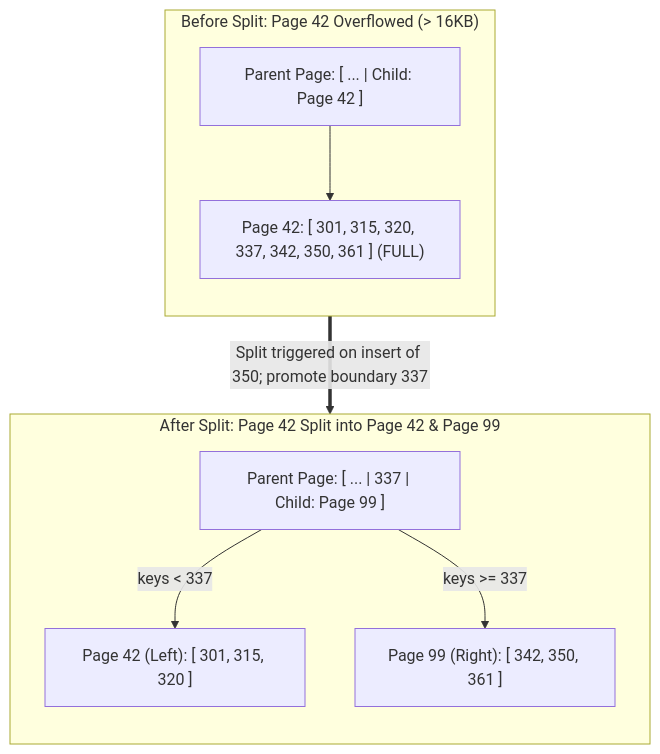
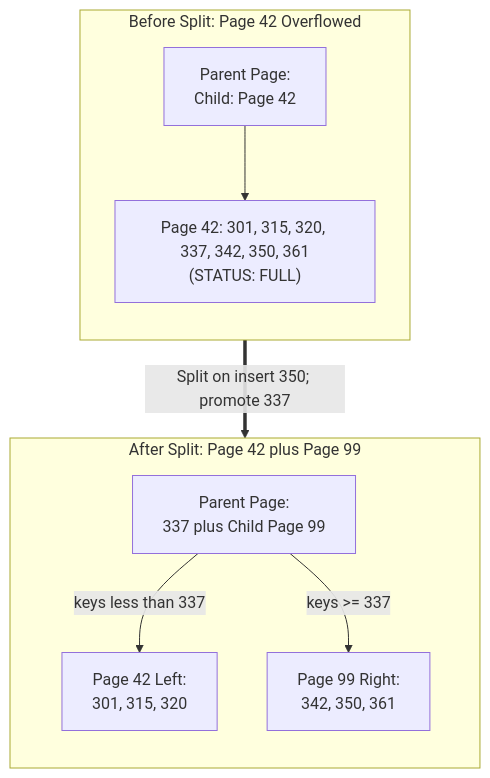
The sixth of 12 diagrams in 01 Designing Data-Intensive Applications/chapter-04-storage-and-retrieval.md (1mimhe/books-summery), drawn with Mermaid before and after one commit. The commit also changed other lines of this file and 1 other file, not shown here.

Commit message:
docs(book01): forensic rewrite ch04-05 (materialized views, full-text/vectors, XML/OpenAPI/SOAP)

````diff
--- a/01 Designing Data-Intensive Applications/chapter-04-storage-and-retrieval.md
+++ b/01 Designing Data-Intensive Applications/chapter-04-storage-and-retrieval.md
@@ -481,20 +347,18 @@
 ```mermaid
 flowchart TD
-  subgraph BEFORE["Before Split: Page 42 Overflowed (> 16KB)"]
+  subgraph BEFORE["Before Split: Page 42 Overflowed"]
     direction TB
-    P1["Parent Page: [ ... | Child: Page 42 ]"]
-    PAGE42["Page 42: [ 301, 315, 320, 337, 342, 350, 361 ] (FULL)"]
+    P1["Parent Page:<br/>Child: Page 42"]
+    PAGE42["Page 42: 301, 315, 320, 337, 342, 350, 361<br/>(STATUS: FULL)"]
     P1 --> PAGE42
   end
-
-  subgraph AFTER["After Split: Page 42 Split into Page 42 & Page 99"]
+  subgraph AFTER["After Split: Page 42 plus Page 99"]
     direction TB
-    P2["Parent Page: [ ... | 337 | Child: Page 99 ]"]
-    PAGE42_NEW["Page 42 (Left): [ 301, 315, 320 ]"]
-    PAGE99_NEW["Page 99 (Right): [ 342, 350, 361 ]"]
-    P2 -->|"keys < 337"| PAGE42_NEW
+    P2["Parent Page:<br/>337 plus Child Page 99"]
+    PAGE42_NEW["Page 42 Left:<br/>301, 315, 320"]
+    PAGE99_NEW["Page 99 Right:<br/>342, 350, 361"]
+    P2 -->|"keys less than 337"| PAGE42_NEW
     P2 -->|"keys >= 337"| PAGE99_NEW
   end
-
-  BEFORE ==>|"Split triggered on insert of 350; promote boundary 337"| AFTER
+  BEFORE ==>|"Split on insert 350; promote 337"| AFTER
 ```
````
